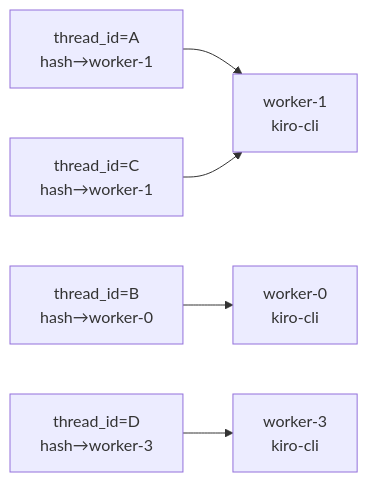
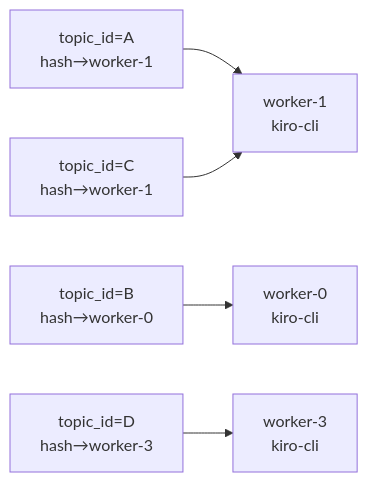
The first of 5 diagrams in docs/acp-bridge.md (xufanglin/acp-link), drawn with Mermaid before and after one commit. The commit also changed other lines of this file and 19 other files, not shown here.

````diff
--- a/docs/acp-bridge.md
+++ b/docs/acp-bridge.md
@@ -95,16 +95,16 @@
 ```mermaid
 graph LR
-    T1["thread_id=A\nhash→worker-1"]
-    T2["thread_id=B\nhash→worker-0"]
-    T3["thread_id=C\nhash→worker-1"]
-    T4["thread_id=D\nhash→worker-3"]
+    T1["topic_id=A\nhash→worker-1"]
+    T2["topic_id=B\nhash→worker-0"]
+    T3["topic_id=C\nhash→worker-1"]
+    T4["topic_id=D\nhash→worker-3"]
 
     W0["worker-0\nkiro-cli"]
     W1["worker-1\nkiro-cli"]
     W3["worker-3\nkiro-cli"]
 
     T1 --> W1
     T2 --> W0
     T3 --> W1
     T4 --> W3
 ```
````
